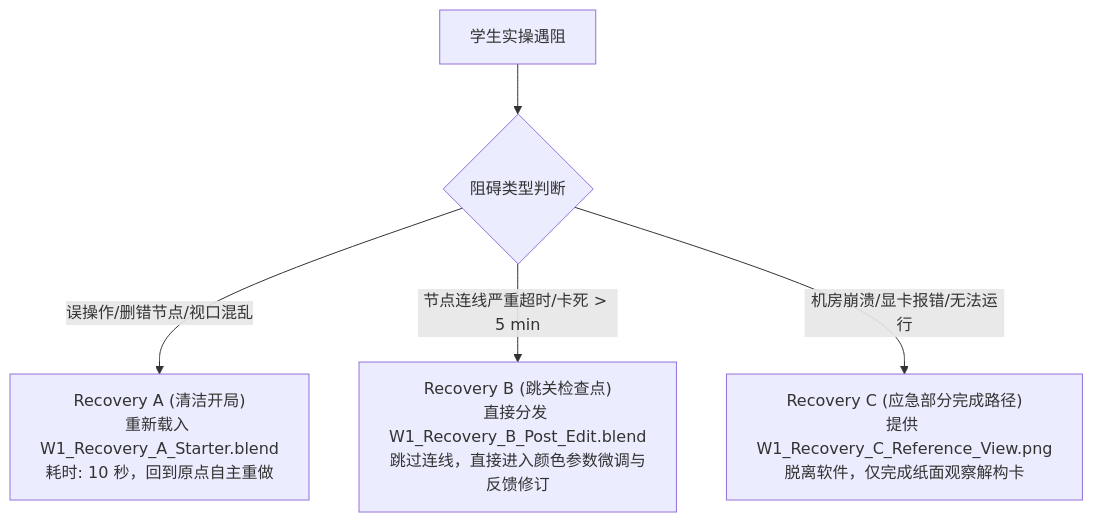
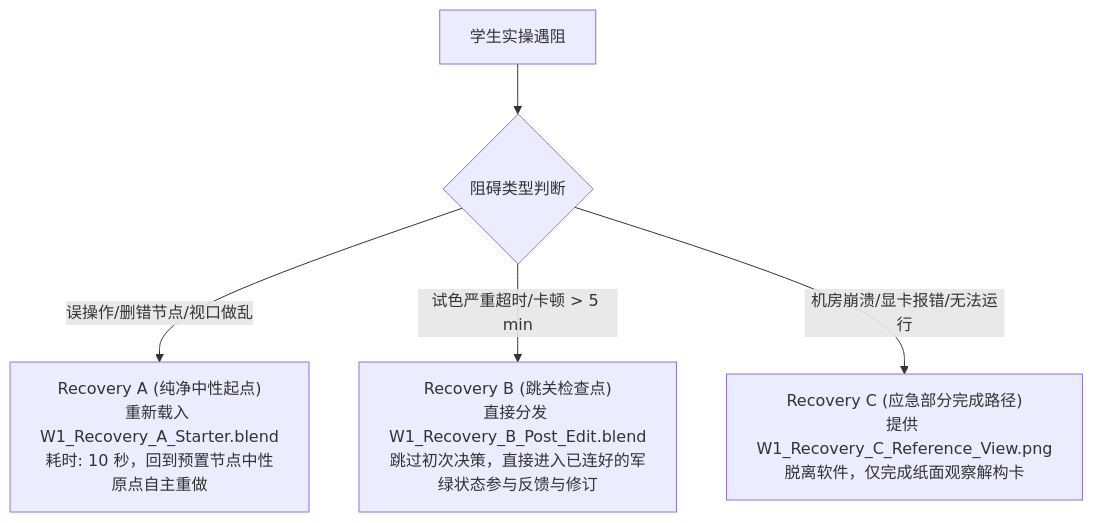
Before and after one commit to carllx/corso-pbr-materials: the diagram in docs/research/week1-executable-teaching-package-v0.1.md, drawn with Mermaid. The commit also changed other lines of this file and 2 other files, not shown here.

````diff
--- a/docs/research/week1-executable-teaching-package-v0.1.md
+++ b/docs/research/week1-executable-teaching-package-v0.1.md
@@ -155,7 +175,7 @@
 ```mermaid
 flowchart TD
     Start["学生实操遇阻"] --> Cond{"阻碍类型判断"}
-    Cond -->|误操作/删错节点/视口混乱| RecA["Recovery A (清洁开局)<br>重新载入 W1_Recovery_A_Starter.blend<br>耗时: 10 秒，回到原点自主重做"]
-    Cond -->|节点连线严重超时/卡死 > 5 min| RecB["Recovery B (跳关检查点)<br>直接分发 W1_Recovery_B_Post_Edit.blend<br>跳过连线，直接进入颜色参数微调与反馈修订"]
+    Cond -->|误操作/删错节点/视口做乱| RecA["Recovery A (纯净中性起点)<br>重新载入 W1_Recovery_A_Starter.blend<br>耗时: 10 秒，回到预置节点中性原点自主重做"]
+    Cond -->|试色严重超时/卡顿 > 5 min| RecB["Recovery B (跳关检查点)<br>直接分发 W1_Recovery_B_Post_Edit.blend<br>跳过初次决策，直接进入已连好的军绿状态参与反馈与修订"]
     Cond -->|机房崩溃/显卡报错/无法运行| RecC["Recovery C (应急部分完成路径)<br>提供 W1_Recovery_C_Reference_View.png<br>脱离软件，仅完成纸面观察解构卡"]
 ```
````
